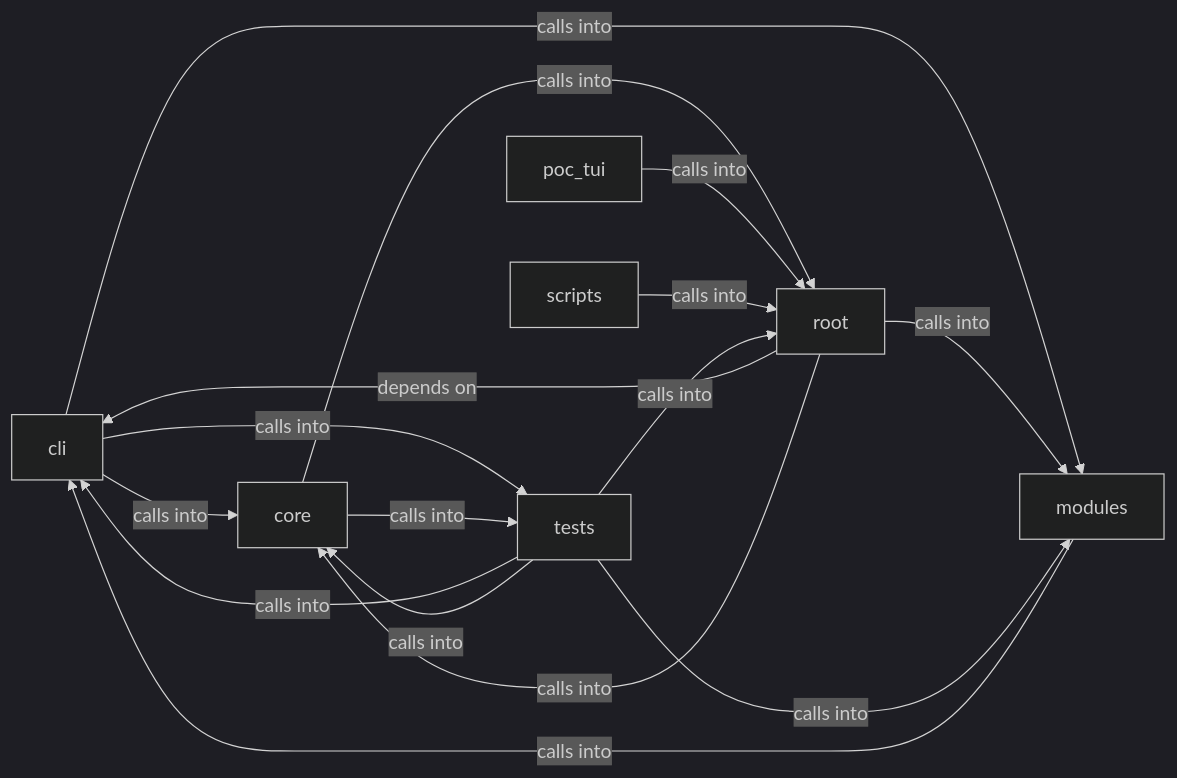
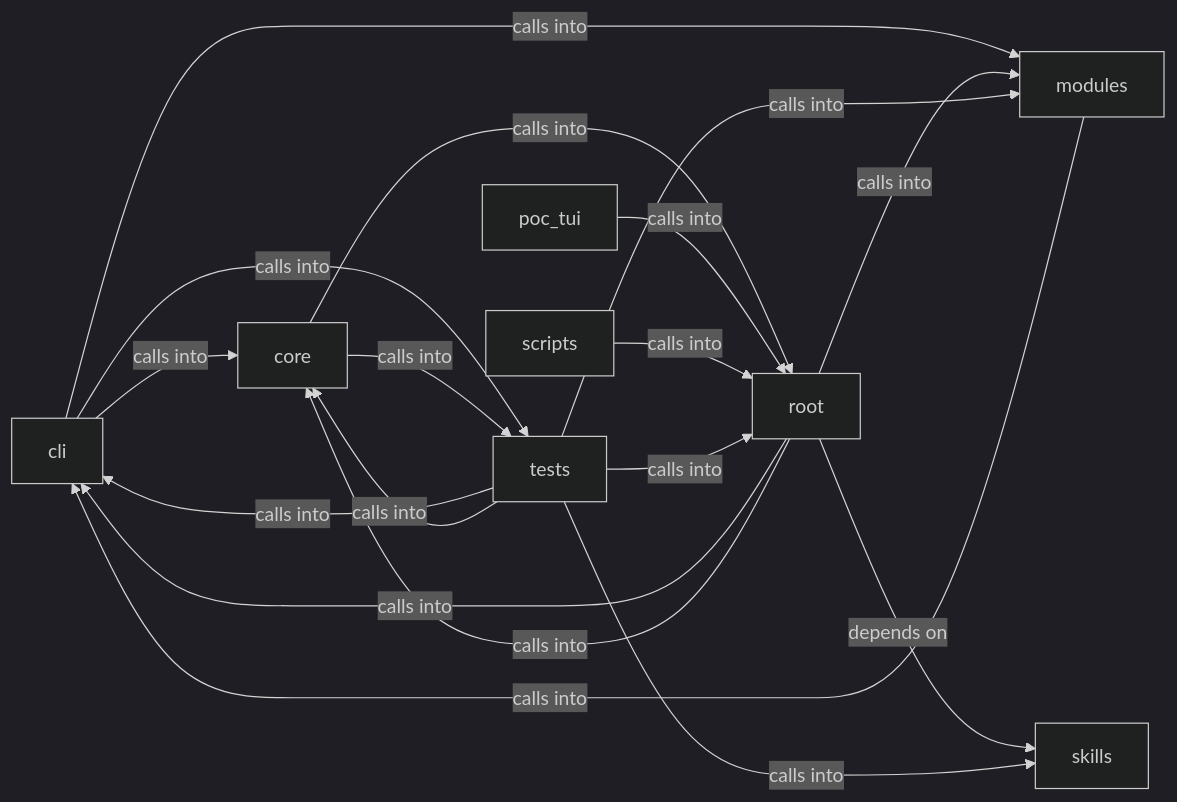
One commit to grisuno/LazyOwn changed the diagram in readmenator-diagrams/cli.md. Above: the diagram before and after it, drawn with Mermaid (dark theme). The commit also changed other lines of this file and 378 other files, not shown here.

````diff
--- a/readmenator-diagrams/cli.md
+++ b/readmenator-diagrams/cli.md
@@ -5,25 +5,28 @@
 ```mermaid
 graph LR
     cli["cli"]
     core["core"]
     modules["modules"]
     poc_tui["poc_tui"]
     root["root"]
     scripts["scripts"]
+    skills["skills"]
     tests["tests"]
     cli -- "calls into" --> core
     cli -- "calls into" --> modules
     cli -- "calls into" --> tests
     core -- "calls into" --> root
     core -- "calls into" --> tests
     modules -- "calls into" --> cli
     poc_tui -- "calls into" --> root
-    root -- "depends on" --> cli
+    root -- "calls into" --> cli
     root -- "calls into" --> core
     root -- "calls into" --> modules
+    root -- "depends on" --> skills
     scripts -- "calls into" --> root
     tests -- "calls into" --> cli
     tests -- "calls into" --> core
     tests -- "calls into" --> modules
     tests -- "calls into" --> root
+    tests -- "calls into" --> skills
 ```
````
